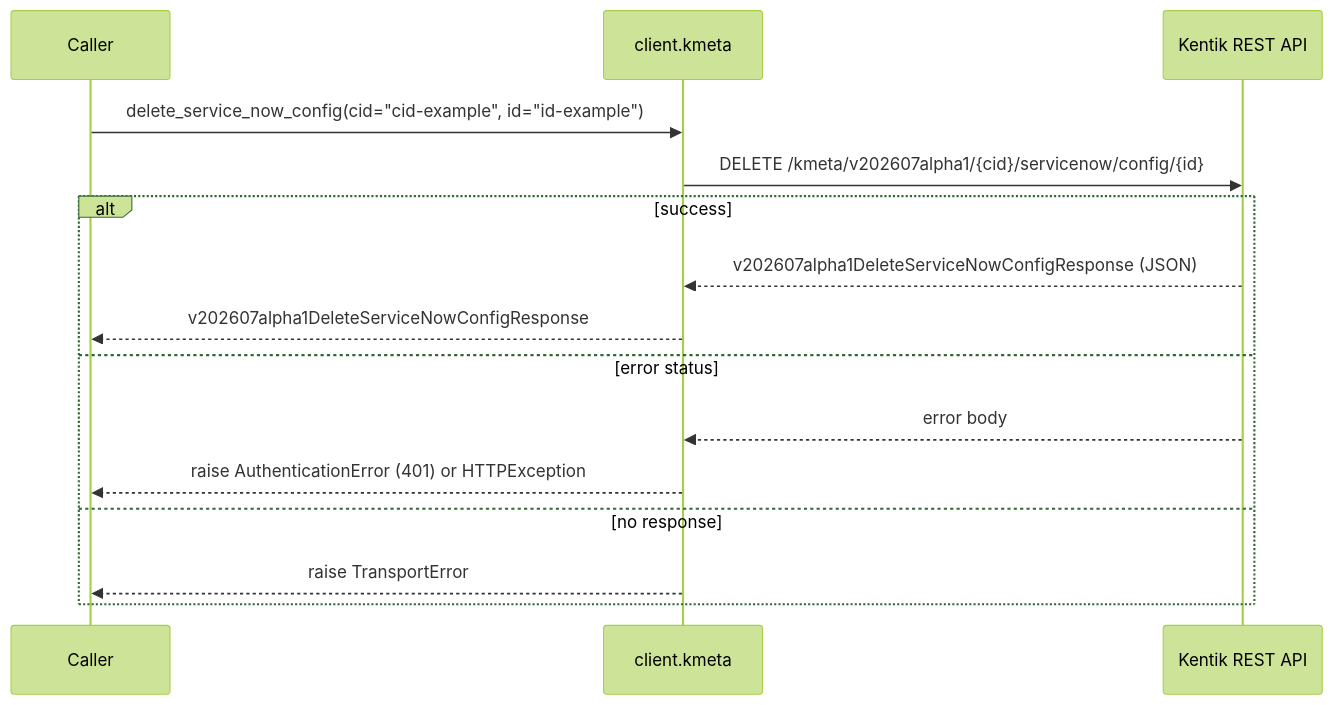
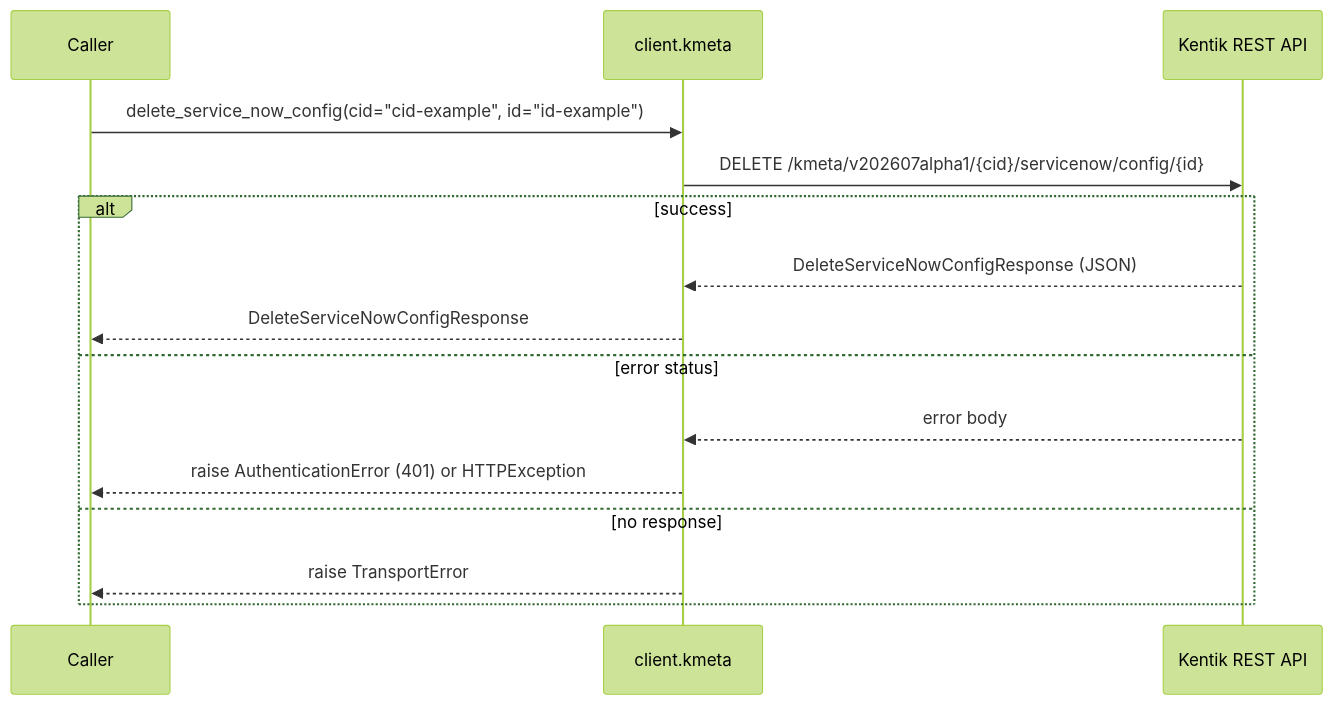
One commit to alexdearaujo/community_sdk_python changed the tenth of 12 diagrams in docs/sphinx/services/kmeta.md. Above: the diagram before and after it, drawn with Mermaid (forest theme). The commit also changed other lines of this file and 38 other files, not shown here.

````diff
--- a/docs/sphinx/services/kmeta.md
+++ b/docs/sphinx/services/kmeta.md
@@ -350,18 +350,18 @@
 ```mermaid
 sequenceDiagram
     participant C as Caller
     participant W as client.kmeta
     participant API as Kentik REST API
 
     C->>W: delete_service_now_config(cid="cid-example", id="id-example")
     W->>API: DELETE /kmeta/v202607alpha1/{cid}/servicenow/config/{id}
     alt success
-        API-->>W: v202607alpha1DeleteServiceNowConfigResponse (JSON)
-        W-->>C: v202607alpha1DeleteServiceNowConfigResponse
+        API-->>W: DeleteServiceNowConfigResponse (JSON)
+        W-->>C: DeleteServiceNowConfigResponse
     else error status
         API-->>W: error body
         W-->>C: raise AuthenticationError (401) or HTTPException
     else no response
         W-->>C: raise TransportError
     end
 ```
````
